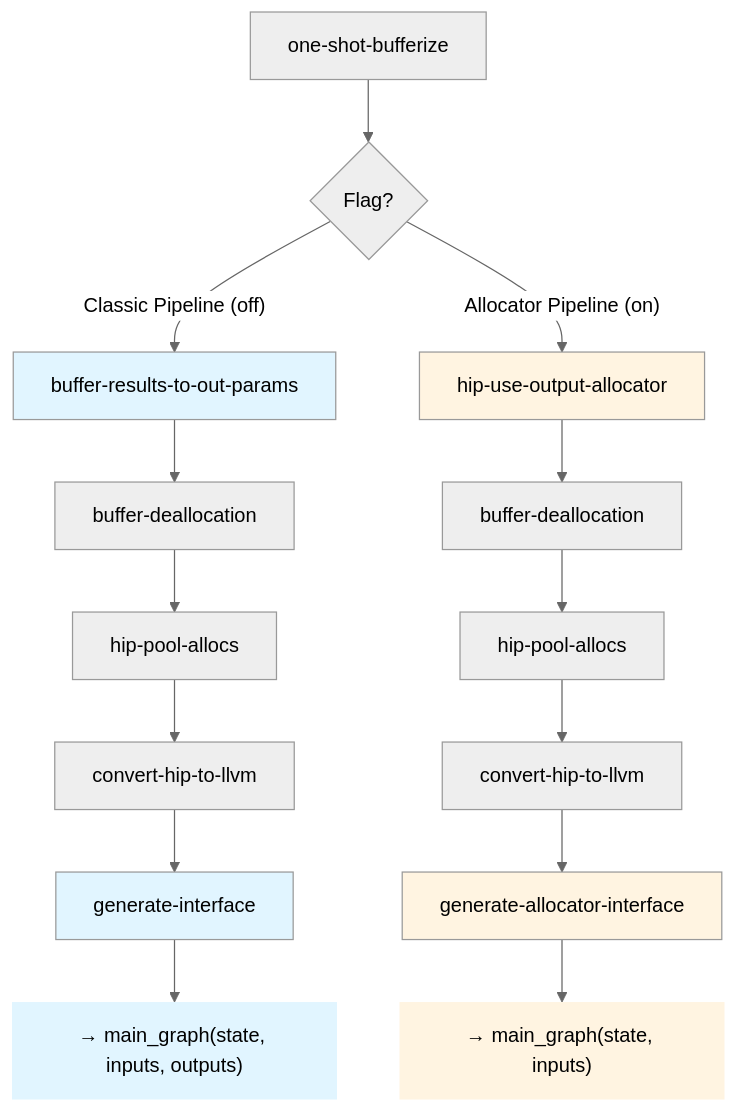
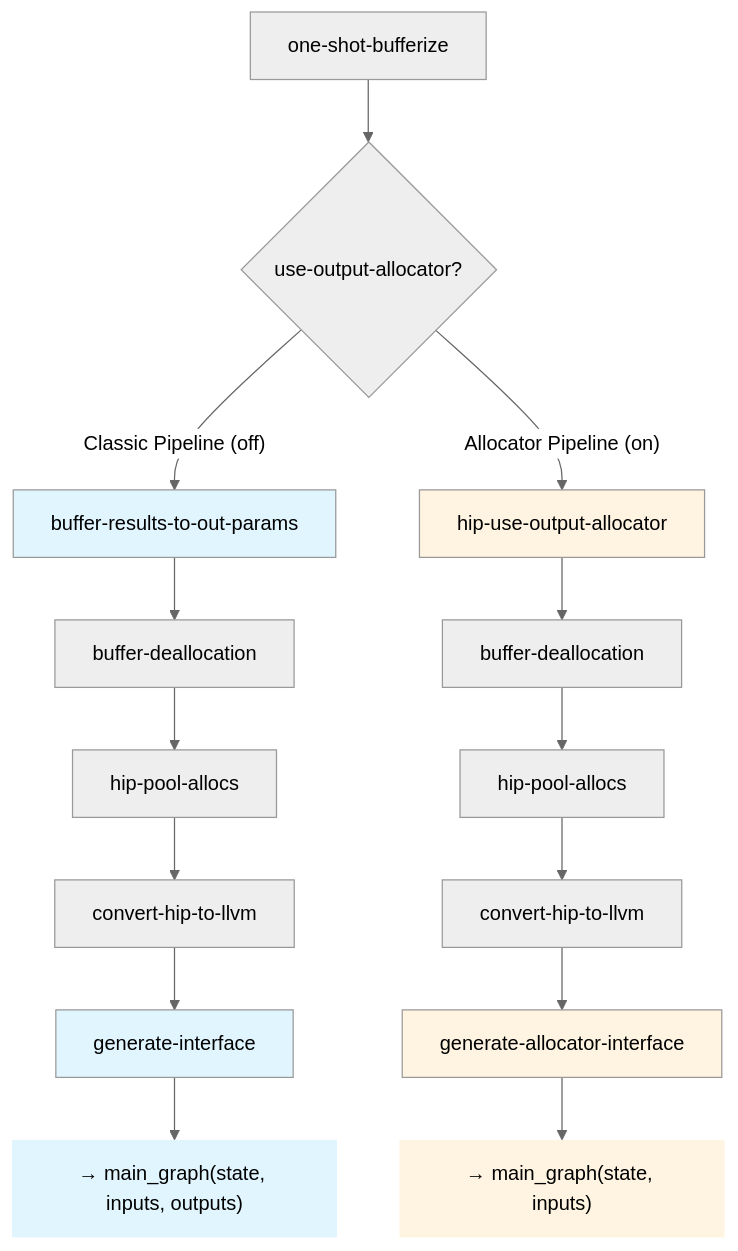
Before and after one commit to ROCm/hip-ep: the first of 2 diagrams in docs/design/output-allocator-design.md, drawn with Mermaid (neutral theme). The commit also changed other lines of this file, not shown here.

First line of the commit message:
docs(design): tidy output-allocator design doc for consistency

````diff
--- a/docs/design/output-allocator-design.md
+++ b/docs/design/output-allocator-design.md
@@ -51,28 +51,28 @@
 ```mermaid
 graph TD
-    A[one-shot-bufferize] --> B{Flag?}
+    A[one-shot-bufferize] --> B{"use-output-allocator?"}
     B -->|"Classic Pipeline (off)"| D1[buffer-results-to-out-params]
     B -->|"Allocator Pipeline (on)"| D2[hip-use-output-allocator]
 
     D1 --> E1[buffer-deallocation]
     D2 --> E2[buffer-deallocation]
 
     E1 --> F1[hip-pool-allocs]
     E2 --> F2[hip-pool-allocs]
 
     F1 --> G1[convert-hip-to-llvm]
     F2 --> G2[convert-hip-to-llvm]
 
     G1 --> H1[generate-interface]
     G2 --> H2[generate-allocator-interface]
 
     H1 --> O1["→ main_graph(state, inputs, outputs)"]
     H2 --> O2["→ main_graph(state, inputs)"]
 
     style D1 fill:#e1f5ff
     style H1 fill:#e1f5ff
     style O1 fill:#e1f5ff,stroke-width:0px
     style D2 fill:#fff4e1
     style H2 fill:#fff4e1
     style O2 fill:#fff4e1,stroke-width:0px
 ```
````
